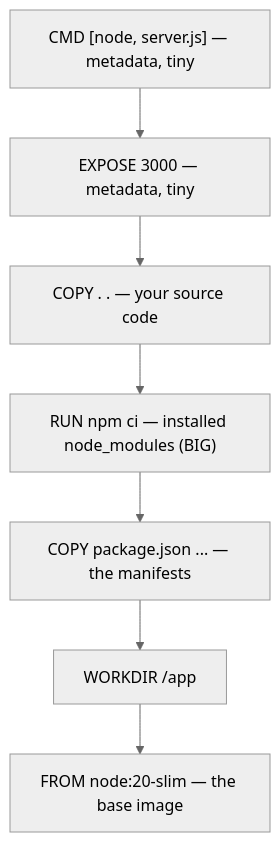
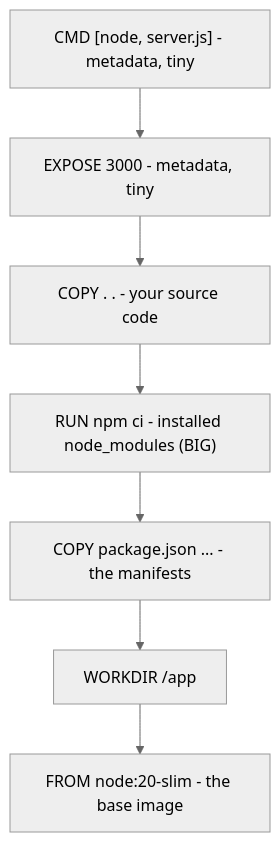
The diagram in guides/infrastructure/docker-without-the-magic/02-the-dockerfile-and-layers.md (Topurrra/themissingmanual), drawn with Mermaid (neutral theme) before and after one commit. The commit also changed other lines of this file and 1072 other files, not shown here.

````diff
--- a/guides/infrastructure/docker-without-the-magic/02-the-dockerfile-and-layers.md
+++ b/guides/infrastructure/docker-without-the-magic/02-the-dockerfile-and-layers.md
@@ -64,11 +64,11 @@
 ```mermaid
 flowchart TD
-  L6["CMD [node, server.js] — metadata, tiny"]
-  L5["EXPOSE 3000 — metadata, tiny"]
-  L4["COPY . . — your source code"]
-  L3["RUN npm ci — installed node_modules (BIG)"]
-  L2["COPY package.json ... — the manifests"]
+  L6["CMD [node, server.js] - metadata, tiny"]
+  L5["EXPOSE 3000 - metadata, tiny"]
+  L4["COPY . . - your source code"]
+  L3["RUN npm ci - installed node_modules (BIG)"]
+  L2["COPY package.json ... - the manifests"]
   L1["WORKDIR /app"]
-  L0["FROM node:20-slim — the base image"]
+  L0["FROM node:20-slim - the base image"]
   L6 --> L5 --> L4 --> L3 --> L2 --> L1 --> L0
 ```
````
